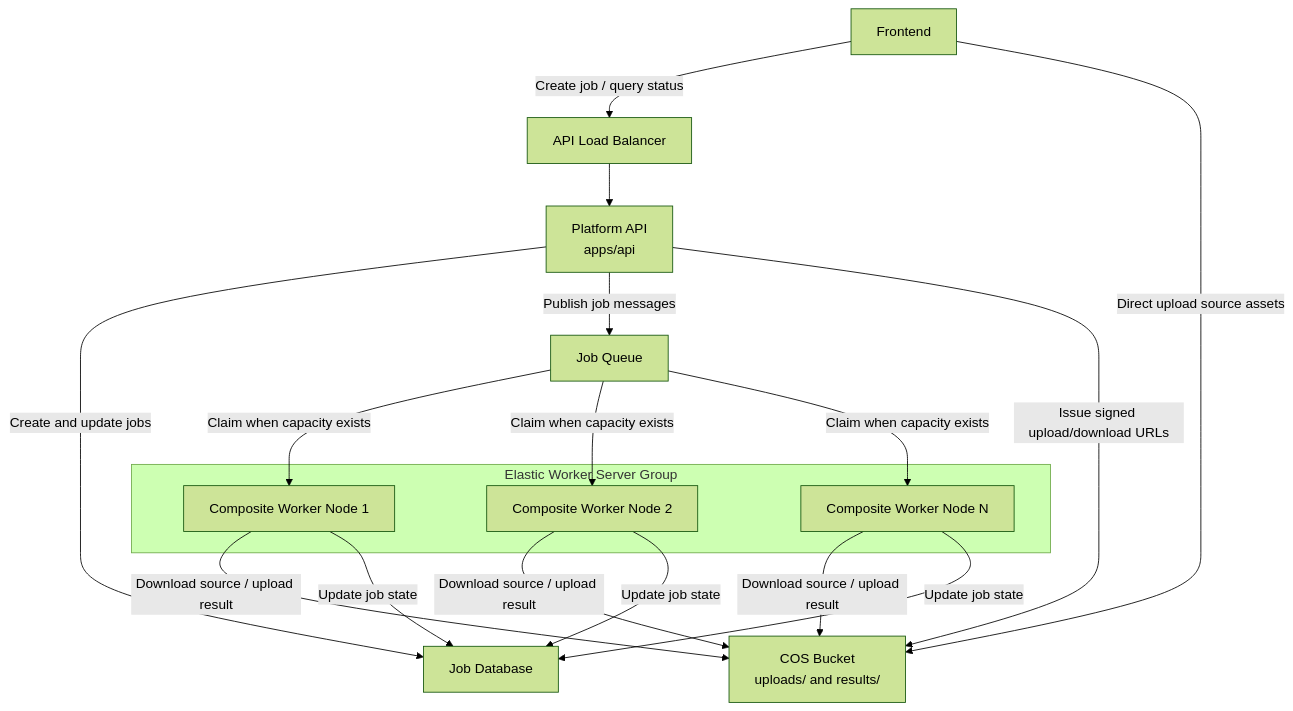
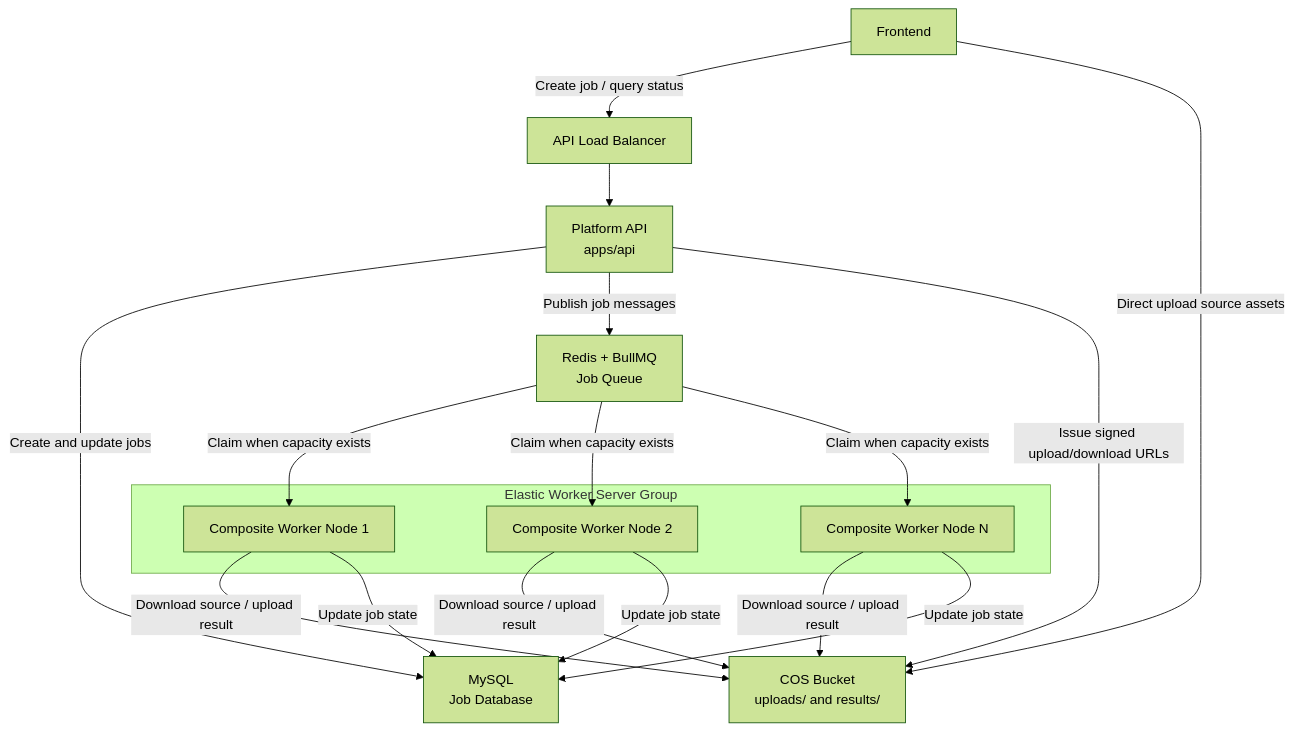
Before and after one commit to 3dugc/Model-Optimization-Platform: the first of 4 diagrams in docs/deployment.md, drawn with Mermaid (forest theme). The commit also changed other lines of this file and 5 other files, not shown here.

Commit message:
docs: plan mysql redis job system

````diff
--- a/docs/deployment.md
+++ b/docs/deployment.md
@@ -16,34 +16,34 @@
 ```mermaid
 flowchart TB
   Frontend["Frontend"]
   ApiLb["API Load Balancer"]
   Api["Platform API<br/>apps/api"]
-  Db["Job Database"]
-  Queue["Job Queue"]
+  Db["MySQL<br/>Job Database"]
+  Queue["Redis + BullMQ<br/>Job Queue"]
   Cos["COS Bucket<br/>uploads/ and results/"]
 
   subgraph Asg["Elastic Worker Server Group"]
     Node1["Composite Worker Node 1"]
     Node2["Composite Worker Node 2"]
     NodeN["Composite Worker Node N"]
   end
 
   Frontend -->|"Create job / query status"| ApiLb
   ApiLb --> Api
   Api -->|"Create and update jobs"| Db
   Api -->|"Publish job messages"| Queue
   Api -->|"Issue signed upload/download URLs"| Cos
   Frontend -->|"Direct upload source assets"| Cos
 
   Queue -->|"Claim when capacity exists"| Node1
   Queue -->|"Claim when capacity exists"| Node2
   Queue -->|"Claim when capacity exists"| NodeN
 
   Node1 -->|"Download source / upload result"| Cos
   Node2 -->|"Download source / upload result"| Cos
   NodeN -->|"Download source / upload result"| Cos
 
   Node1 -->|"Update job state"| Db
   Node2 -->|"Update job state"| Db
   NodeN -->|"Update job state"| Db
 ```
````
